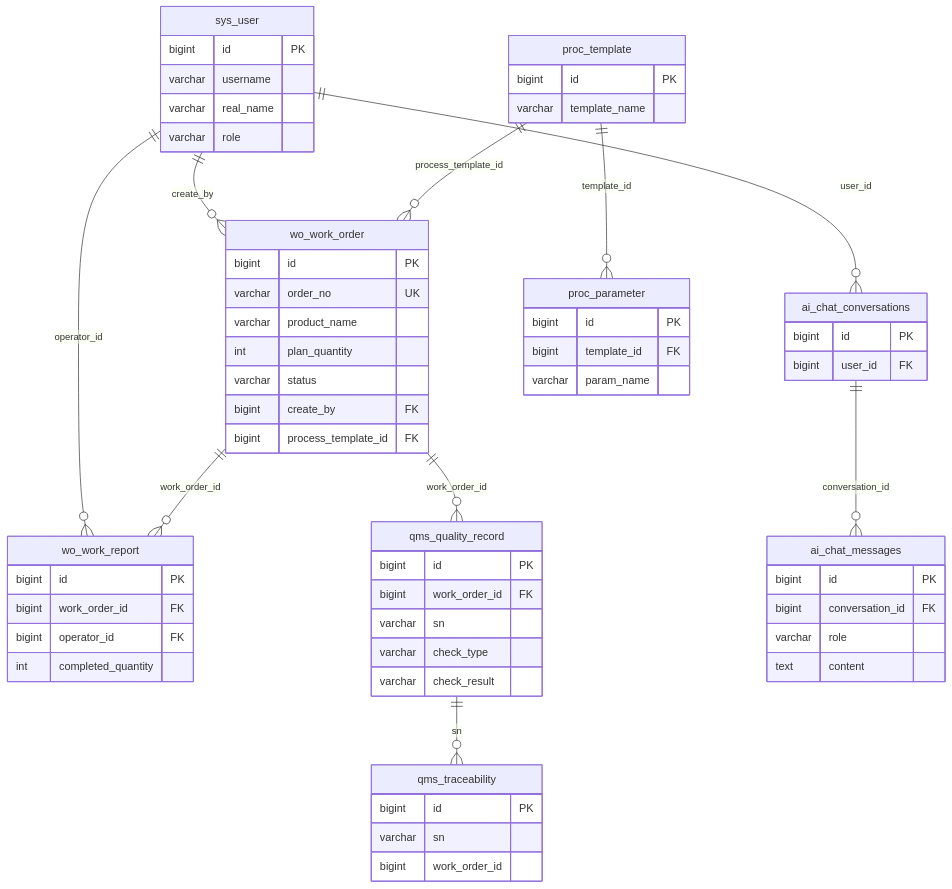
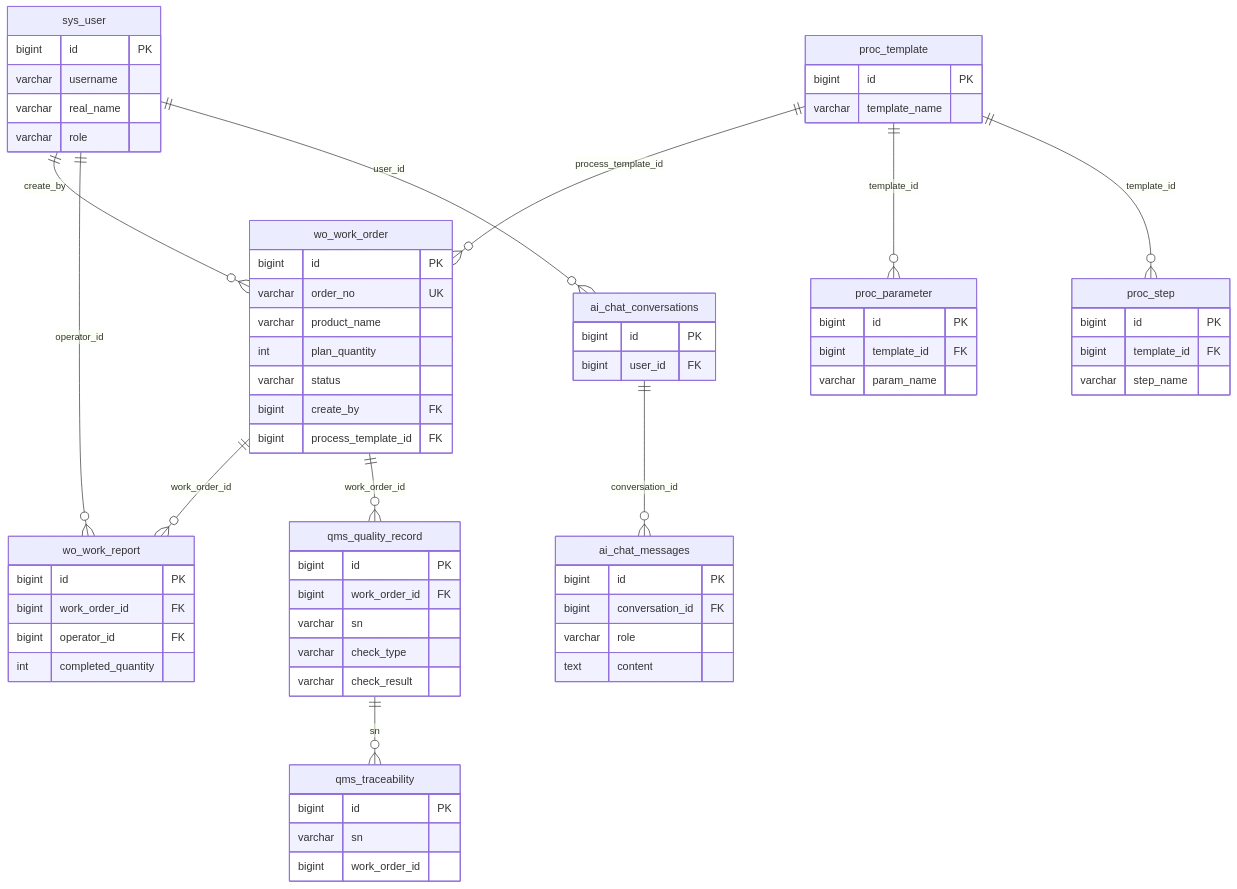
Before and after one commit to xianshi3/Smart-Factory-MES-System: the diagram in docs/DATABASE.md, drawn with Mermaid. The commit also changed other lines of this file and 2 other files, not shown here.

Commit message:
docs: v1.0.45更新 — 四大模块完整化说明/proc_step表文档/服务描述同步

````diff
--- a/docs/DATABASE.md
+++ b/docs/DATABASE.md
@@ -354,65 +376,71 @@
 ```mermaid
 erDiagram
     sys_user ||--o{ wo_work_order : "create_by"
     sys_user ||--o{ wo_work_report : "operator_id"
     sys_user ||--o{ ai_chat_conversations : "user_id"
     proc_template ||--o{ wo_work_order : "process_template_id"
     proc_template ||--o{ proc_parameter : "template_id"
+    proc_template ||--o{ proc_step : "template_id"
     wo_work_order ||--o{ wo_work_report : "work_order_id"
     wo_work_order ||--o{ qms_quality_record : "work_order_id"
     qms_quality_record ||--o{ qms_traceability : "sn"
     ai_chat_conversations ||--o{ ai_chat_messages : "conversation_id"
 
     sys_user {
         bigint id PK
         varchar username
         varchar real_name
         varchar role
     }
     wo_work_order {
         bigint id PK
         varchar order_no UK
         varchar product_name
         int plan_quantity
         varchar status
         bigint create_by FK
         bigint process_template_id FK
     }
     wo_work_report {
         bigint id PK
         bigint work_order_id FK
         bigint operator_id FK
         int completed_quantity
     }
     proc_template {
         bigint id PK
         varchar template_name
     }
     proc_parameter {
         bigint id PK
         bigint template_id FK
         varchar param_name
     }
+    proc_step {
+        bigint id PK
+        bigint template_id FK
+        varchar step_name
+    }
     qms_quality_record {
         bigint id PK
         bigint work_order_id FK
         varchar sn
         varchar check_type
         varchar check_result
     }
     qms_traceability {
         bigint id PK
         varchar sn
         bigint work_order_id
     }
     ai_chat_conversations {
         bigint id PK
         bigint user_id FK
     }
     ai_chat_messages {
         bigint id PK
         bigint conversation_id FK
         varchar role
         text content
     }
 ```
````
